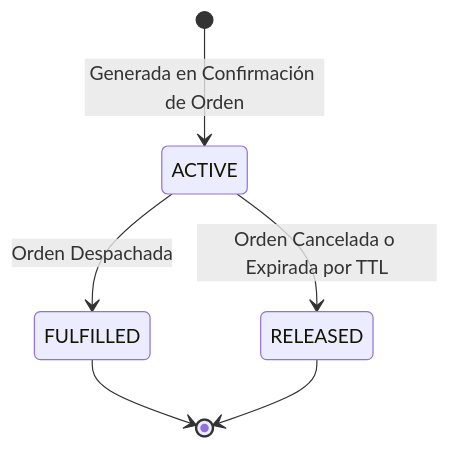
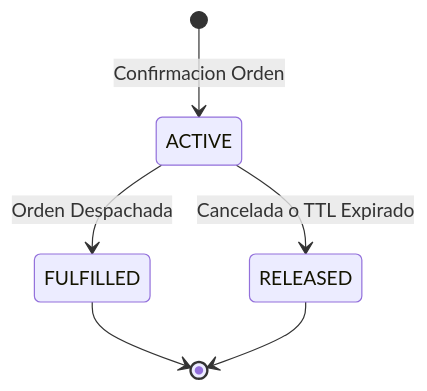
One commit to vivenegasl/stockpilot-b2b changed the fifth of 6 diagrams in docs/architecture/ARCHITECTURE.md. Above: the diagram before and after it, drawn with Mermaid. The commit also changed other lines of this file and 1 other file, not shown here.

Commit message:
docs(architecture): wrap state notes and sequence labels to prevent text cut-off on GitHub

````diff
--- a/docs/architecture/ARCHITECTURE.md
+++ b/docs/architecture/ARCHITECTURE.md
@@ -291,10 +294,10 @@
 ```mermaid
 stateDiagram-v2
-    [*] --> ACTIVE : Generada en Confirmación de Orden
+    [*] --> ACTIVE : Confirmacion Orden
     
     ACTIVE --> FULFILLED : Orden Despachada
-    ACTIVE --> RELEASED : Orden Cancelada o Expirada por TTL
+    ACTIVE --> RELEASED : Cancelada o TTL Expirado
     
     FULFILLED --> [*]
     RELEASED --> [*]
 ```
````
